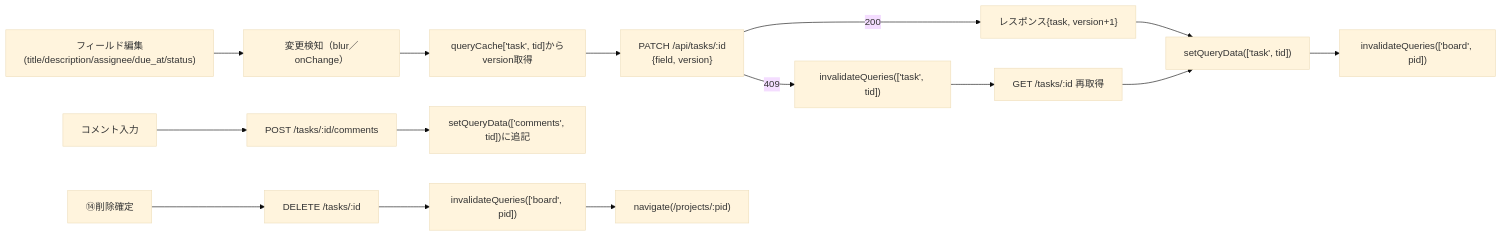
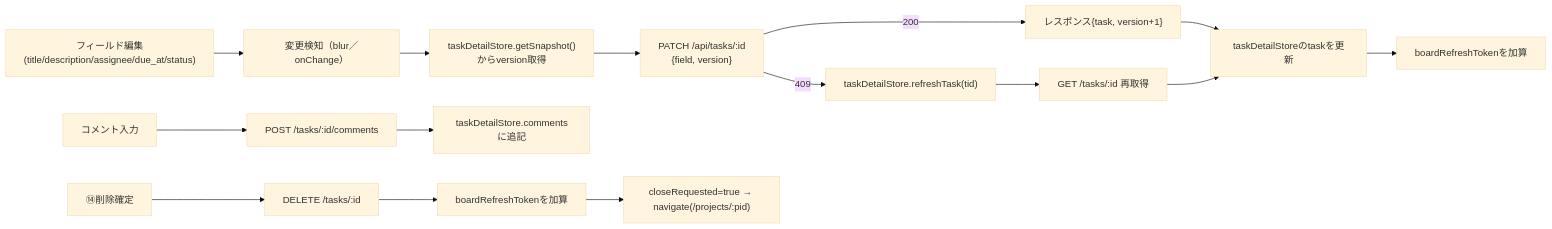
One commit to oikawa-d/task_management changed the sixth of 6 diagrams in docs/detailed_design/screen/08_task_detail_modal.md. Above: the diagram before and after it, drawn with Mermaid (base theme). The commit also changed other lines of this file and 2 other files, not shown here.

````diff
--- a/docs/detailed_design/screen/08_task_detail_modal.md
+++ b/docs/detailed_design/screen/08_task_detail_modal.md
@@ -341,19 +356,19 @@
 ```mermaid
 flowchart LR
     A["フィールド編集<br/>(title/description/assignee/due_at/status)"] --> B["変更検知（blur／onChange）"]
-    B --> C["queryCache['task', tid]からversion取得"]
+    B --> C["taskDetailStore.getSnapshot()からversion取得"]
     C --> D["PATCH /api/tasks/:id<br/>{field, version}"]
     D -->|"200"| E["レスポンス{task, version+1}"]
-    E --> F["setQueryData(['task', tid])"]
-    F --> G["invalidateQueries(['board', pid])"]
-    D -->|"409"| H["invalidateQueries(['task', tid])"]
+    E --> F["taskDetailStoreのtaskを更新"]
+    F --> G["boardRefreshTokenを加算"]
+    D -->|"409"| H["taskDetailStore.refreshTask(tid)"]
     H --> I["GET /tasks/:id 再取得"]
     I --> F
 
     J["コメント入力"] --> K["POST /tasks/:id/comments"]
-    K --> L["setQueryData(['comments', tid])に追記"]
+    K --> L["taskDetailStore.commentsに追記"]
 
     M["⑭削除確定"] --> N["DELETE /tasks/:id"]
-    N --> O["invalidateQueries(['board', pid])"]
-    O --> P["navigate(/projects/:pid)"]
+    N --> O["boardRefreshTokenを加算"]
+    O --> P["closeRequested=true → navigate(/projects/:pid)"]
 ```
````
